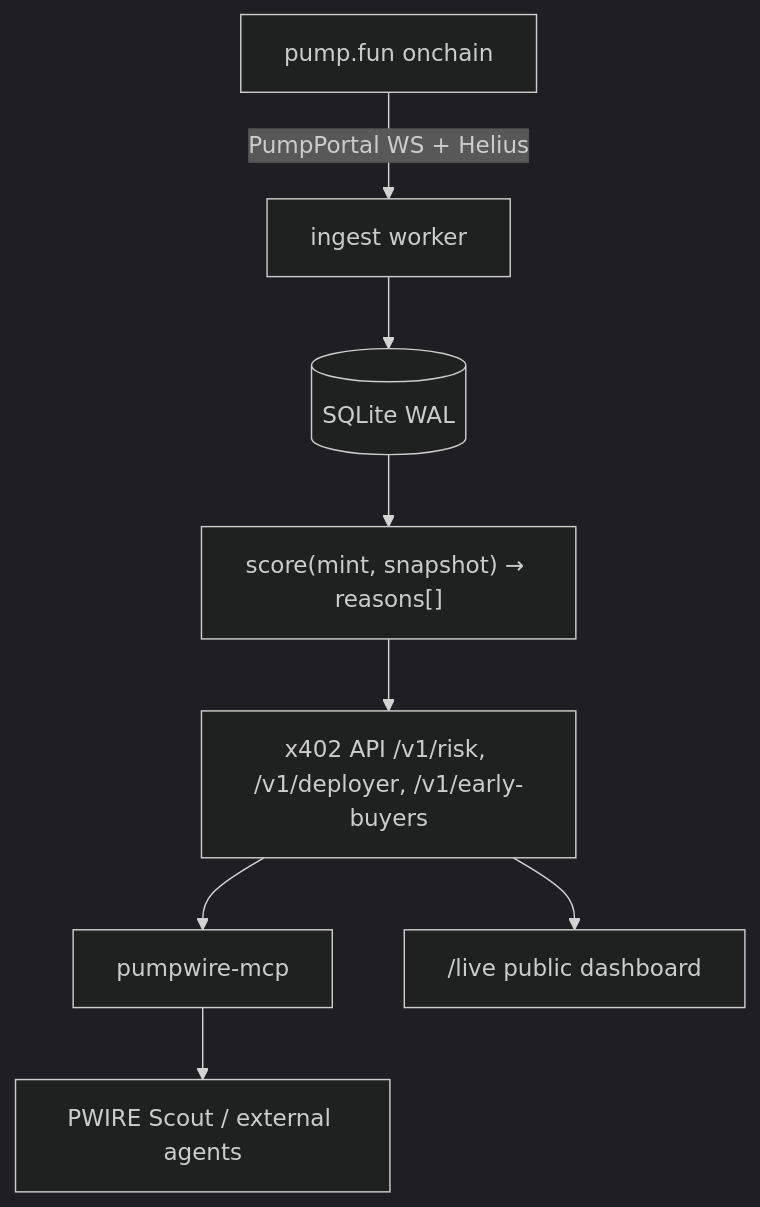
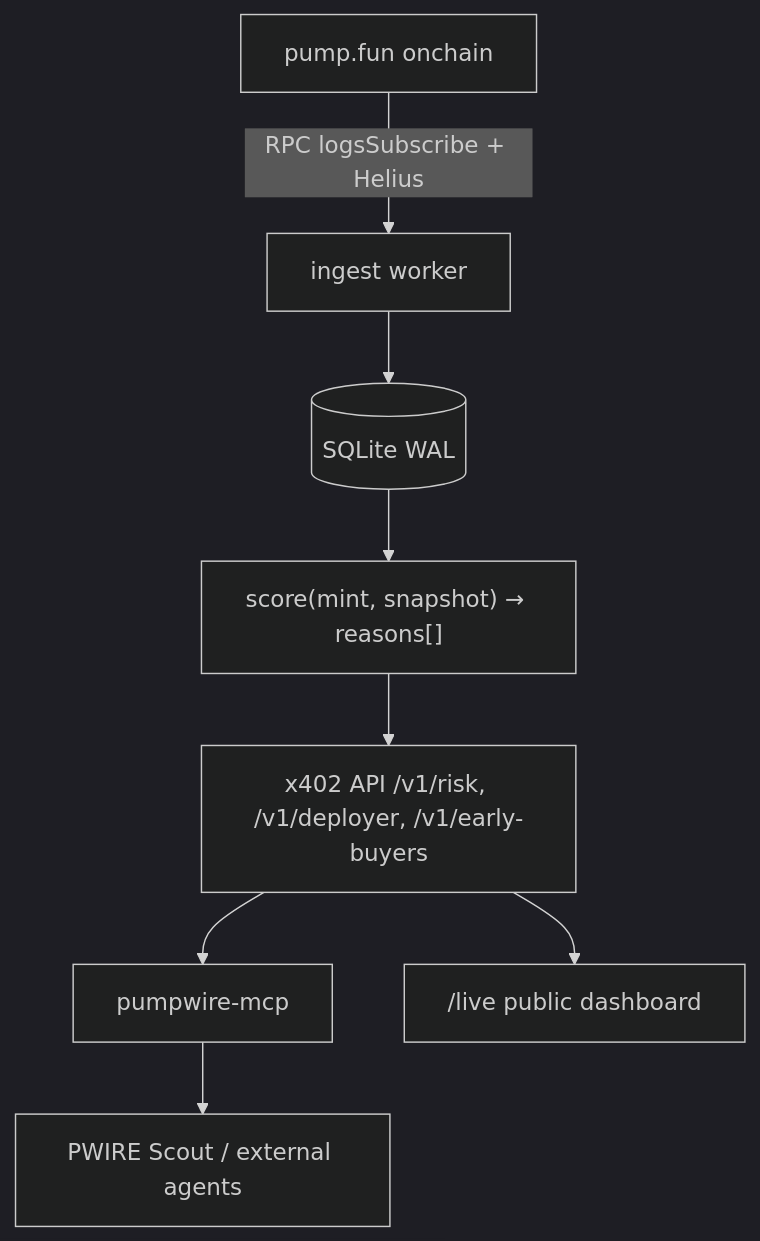
Before and after one commit to Josefusan/clawdpump-pwire: the diagram in README.md, drawn with Mermaid (dark theme). The commit also changed other lines of this file, not shown here.

Commit message:
T-029: README — honest status, 'Use it in 5 minutes', real MCP entry point (no npx), planned vs live payment assets, logs-based ingest, true quickstart

````diff
--- a/README.md
+++ b/README.md
@@ -69,10 +79,10 @@
 ```mermaid
 flowchart TD
-    A[pump.fun onchain] -->|PumpPortal WS + Helius| B[ingest worker]
+    A[pump.fun onchain] -->|RPC logsSubscribe + Helius| B[ingest worker]
     B --> C[(SQLite WAL)]
     C --> D["score(mint, snapshot) → reasons[]"]
     D --> E["x402 API /v1/risk, /v1/deployer, /v1/early-buyers"]
     E --> F[pumpwire-mcp]
     F --> G[PWIRE Scout / external agents]
     E --> H["/live public dashboard"]
 ```
````
